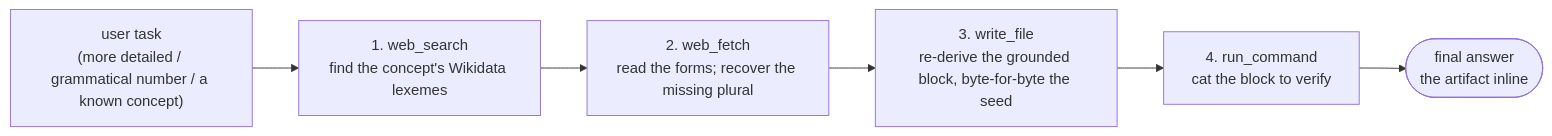
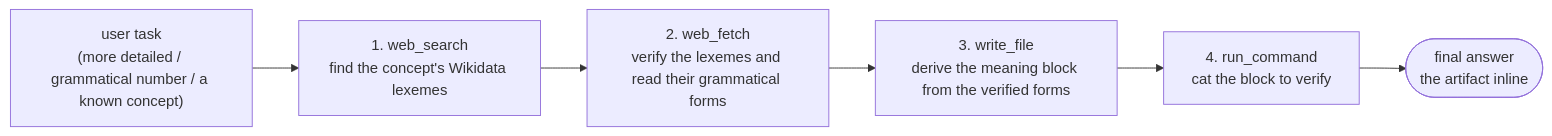
Before and after one commit to link-assistant/formal-ai: the third of 5 diagrams in docs/diagrams/agentic-recipes.md, drawn with Mermaid. The commit also changed other lines of this file and 61 other files, not shown here.

````diff
--- a/docs/diagrams/agentic-recipes.md
+++ b/docs/diagrams/agentic-recipes.md
@@ -42,9 +42,9 @@
 ```mermaid
 flowchart LR
     meaning_task["user task<br/>(more detailed / grammatical number / a known concept)"]
     meaning_task --> meaning_0["1. web_search<br/>find the concept's Wikidata lexemes"]
-    meaning_0 --> meaning_1["2. web_fetch<br/>read the forms; recover the missing plural"]
-    meaning_1 --> meaning_2["3. write_file<br/>re-derive the grounded block, byte-for-byte the seed"]
+    meaning_0 --> meaning_1["2. web_fetch<br/>verify the lexemes and read their grammatical forms"]
+    meaning_1 --> meaning_2["3. write_file<br/>derive the meaning block from the verified forms"]
     meaning_2 --> meaning_3["4. run_command<br/>cat the block to verify"]
     meaning_3 --> meaning_final(["final answer<br/>the artifact inline"])
 ```
````
